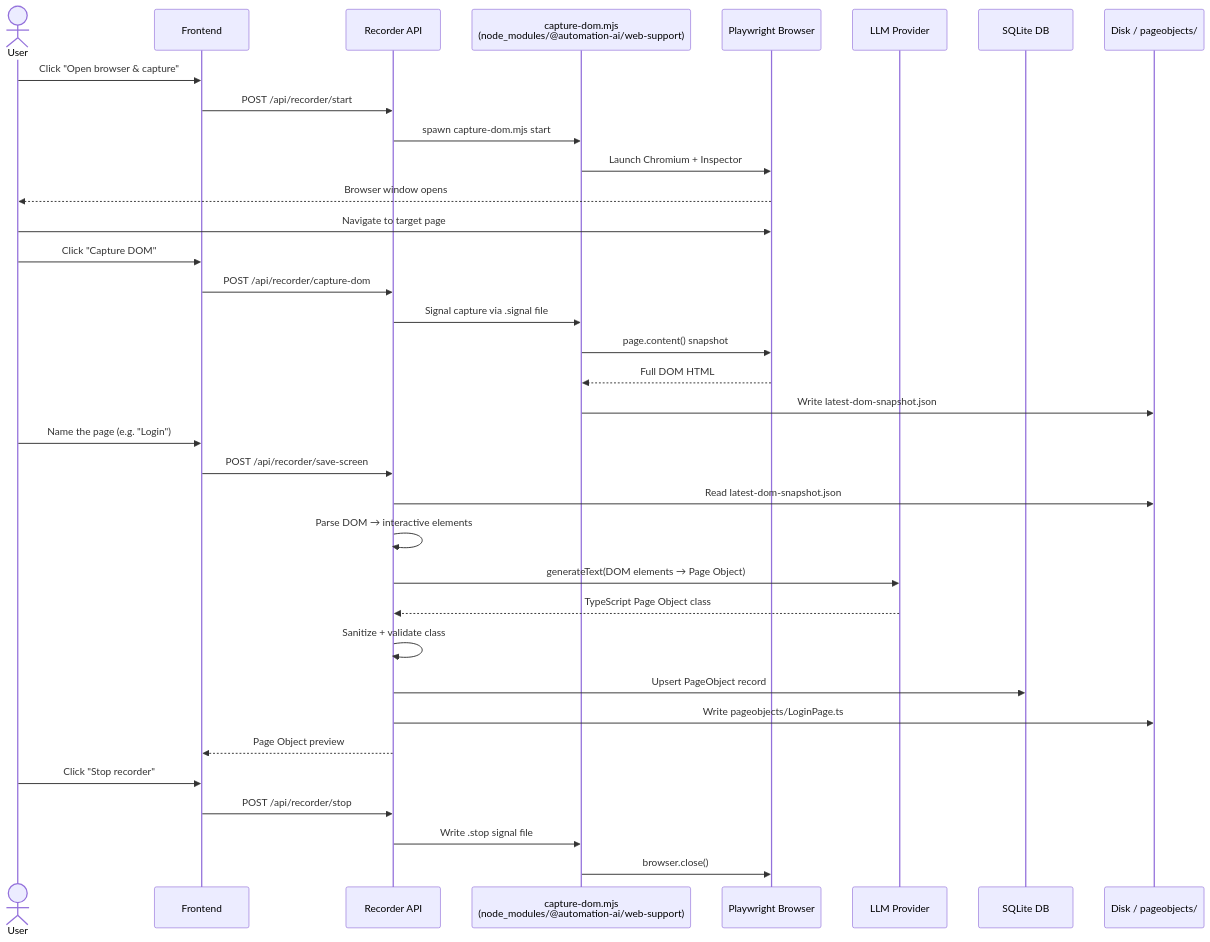
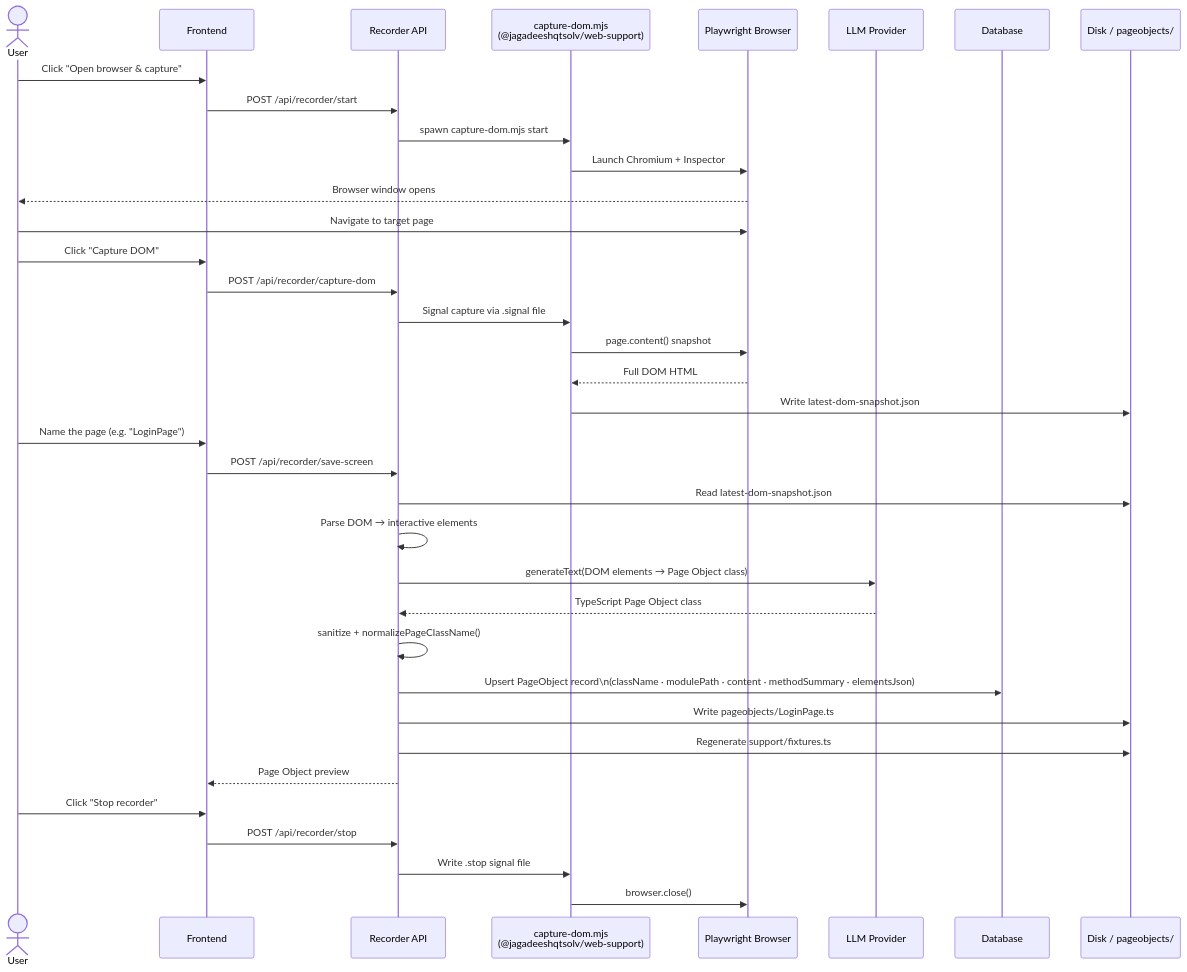
One commit to jagadeeshqtsolv/automation-ai-platform changed the fifth of 9 diagrams in docs/ARCHITECTURE.md. Above: the diagram before and after it, drawn with Mermaid. The commit also changed other lines of this file, not shown here.

````diff
--- a/docs/ARCHITECTURE.md
+++ b/docs/ARCHITECTURE.md
@@ -292,41 +347,42 @@
 ```mermaid
 sequenceDiagram
     actor User
     participant UI as Frontend
     participant API as Recorder API
-    participant Script as capture-dom.mjs<br/>(node_modules/@automation-ai/web-support)
+    participant Script as capture-dom.mjs<br/>(@jagadeeshqtsolv/web-support)
     participant PW as Playwright Browser
     participant LLM as LLM Provider
-    participant DB as SQLite DB
+    participant DB as Database
     participant FS as Disk / pageobjects/
 
     User->>UI: Click "Open browser & capture"
     UI->>API: POST /api/recorder/start
     API->>Script: spawn capture-dom.mjs start
     Script->>PW: Launch Chromium + Inspector
     PW-->>User: Browser window opens
 
     User->>PW: Navigate to target page
     User->>UI: Click "Capture DOM"
     UI->>API: POST /api/recorder/capture-dom
     API->>Script: Signal capture via .signal file
     Script->>PW: page.content() snapshot
     PW-->>Script: Full DOM HTML
     Script->>FS: Write latest-dom-snapshot.json
 
-    User->>UI: Name the page (e.g. "Login")
+    User->>UI: Name the page (e.g. "LoginPage")
     UI->>API: POST /api/recorder/save-screen
     API->>FS: Read latest-dom-snapshot.json
     API->>API: Parse DOM → interactive elements
-    API->>LLM: generateText(DOM elements → Page Object)
+    API->>LLM: generateText(DOM elements → Page Object class)
     LLM-->>API: TypeScript Page Object class
-    API->>API: Sanitize + validate class
-    API->>DB: Upsert PageObject record
+    API->>API: sanitize + normalizePageClassName()
+    API->>DB: Upsert PageObject record\n(className · modulePath · content · methodSummary · elementsJson)
     API->>FS: Write pageobjects/LoginPage.ts
+    API->>FS: Regenerate support/fixtures.ts
     API-->>UI: Page Object preview
 
     User->>UI: Click "Stop recorder"
     UI->>API: POST /api/recorder/stop
     API->>Script: Write .stop signal file
     Script->>PW: browser.close()
 ```
````
